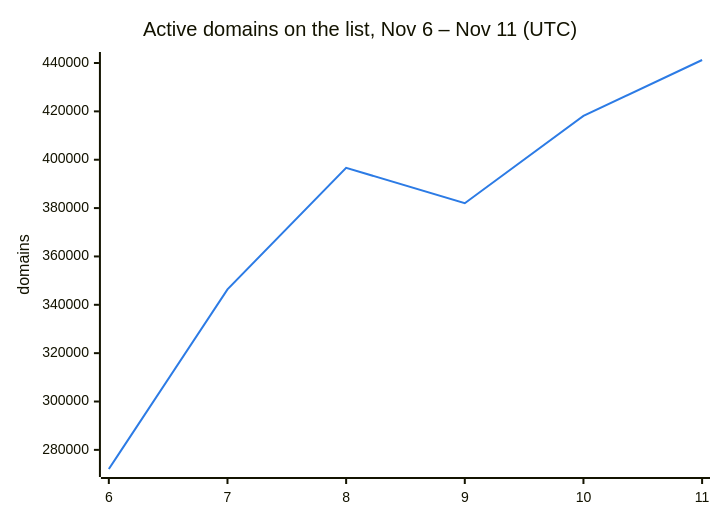
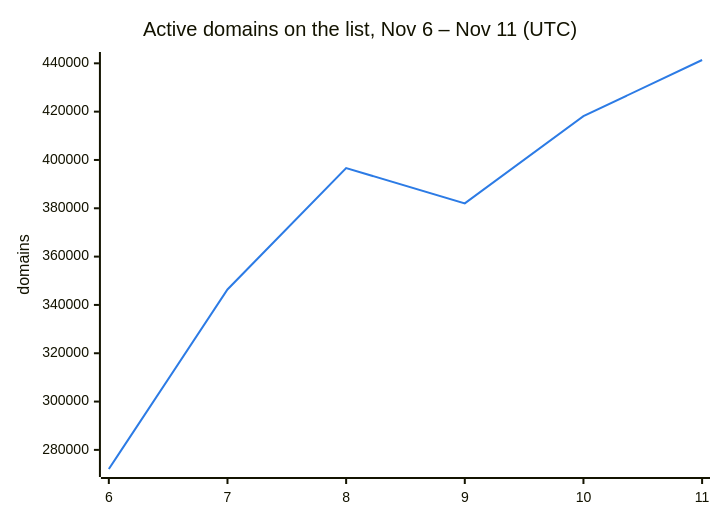
Before and after one commit to DNSBunker/CTI: the second of 3 diagrams in README.md, drawn with Mermaid. The commit also changed other lines of this file and 3 other files, not shown here.

````diff
--- a/README.md
+++ b/README.md
@@ -38,8 +38,8 @@
 ```mermaid
 %%{init: {"themeVariables": {"xyChart": {"plotColorPalette": "#2c7be5"}}}}%%
 xychart-beta
     title "Active domains on the list, Nov 6 – Nov 11 (UTC)"
     x-axis ["6", "7", "8", "9", "10", "11"]
     y-axis "domains"
-    line [272088, 346388, 396638, 382009, 418143, 441247]
+    line [272088, 346388, 396638, 382009, 418143, 441374]
 ```
````
